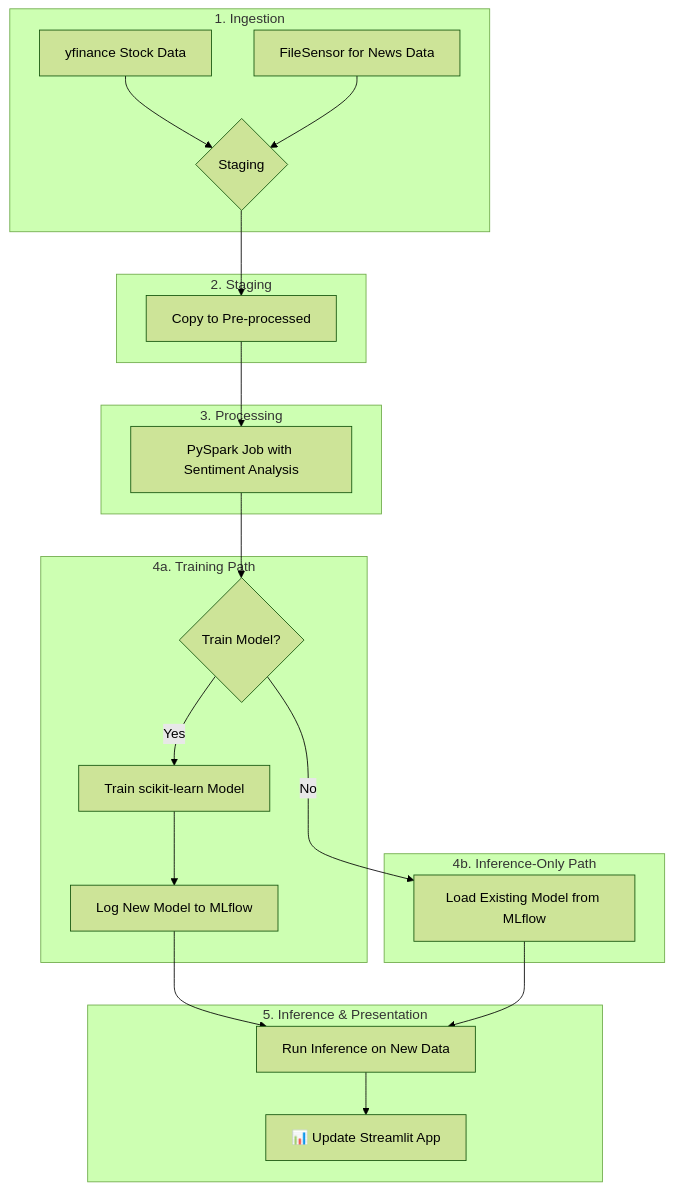
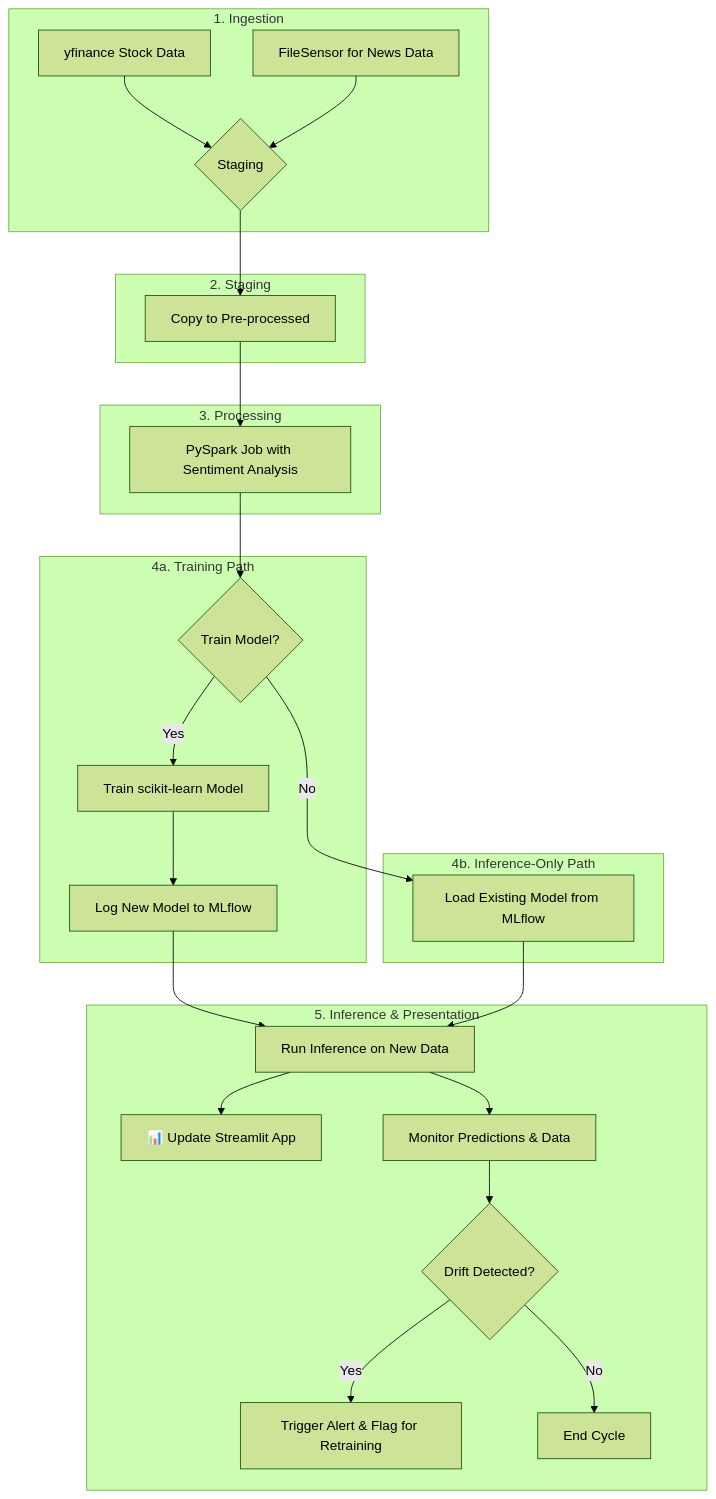
Before and after one commit to asupraja3/nlp-finance-forecast: the diagram in README.md, drawn with Mermaid (forest theme).

Commit message:
Add monitoring and alerting to inference process

````diff
--- a/README.md
+++ b/README.md
@@ -9,34 +9,38 @@
 ```mermaid
 graph TD
     subgraph "1. Ingestion"
         A[yfinance Stock Data] --> C{Staging};
         B[FileSensor for News Data] --> C;
     end
 
     subgraph "2. Staging"
         C --> D[Copy to Pre-processed];
     end
 
     subgraph "3. Processing"
         D --> E[PySpark Job with Sentiment Analysis];
     end
 
     %% --- The Decision Point ---
     E --> I{Train Model?};
 
     subgraph "4a. Training Path"
         I -- Yes --> G[Train scikit-learn Model];
         G --> H[Log New Model to MLflow];
     end
 
     subgraph "4b. Inference-Only Path"
         I -- No --> J[Load Existing Model from MLflow];
     end
 
     subgraph "5. Inference & Presentation"
         %% Both paths lead to the inference task, which then updates the dashboard
         H --> K[Run Inference on New Data];
         J --> K;
         K --> L[📊 Update Streamlit App];
+        K --> M[Monitor Predictions & Data];
+        M --> N{Drift Detected?};
+        N -- Yes --> O[Trigger Alert & Flag for Retraining];
+        N -- No --> P[End Cycle];
     end
 ```
````
